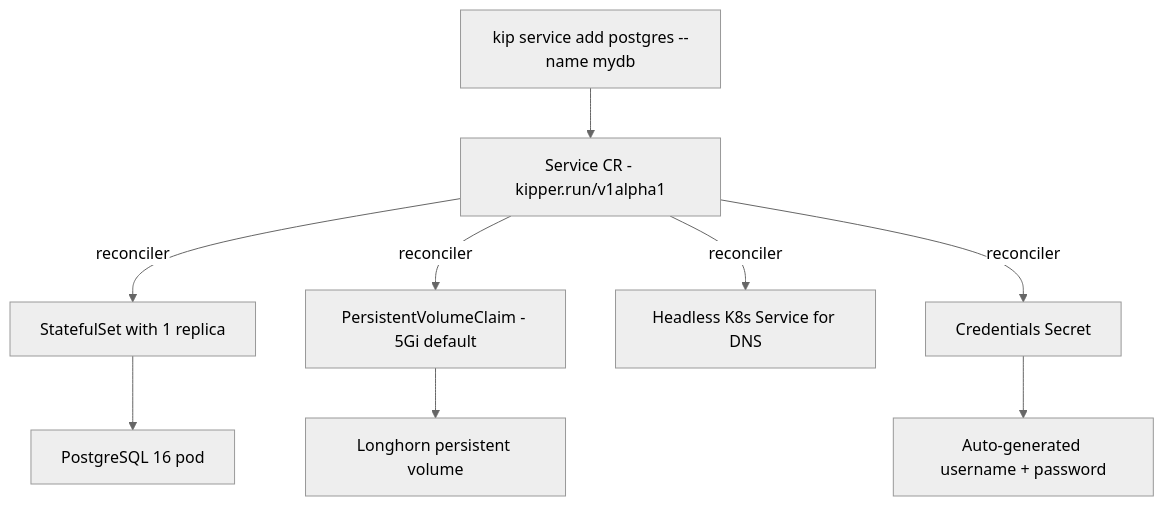
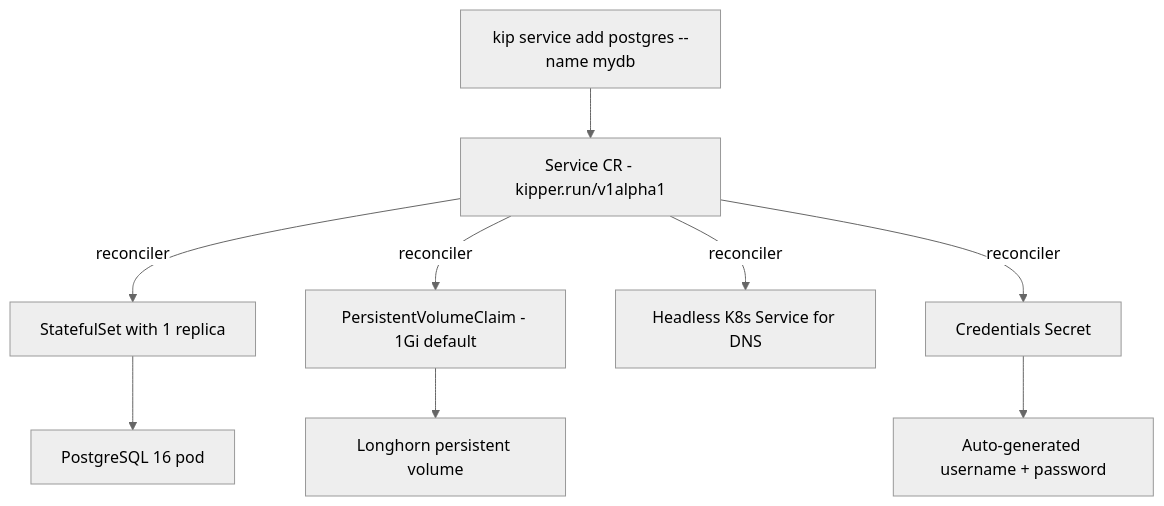
One commit to getkipper/kipper changed the diagram in docs/en/services.md. Above: the diagram before and after it, drawn with Mermaid (neutral theme). The commit also changed other lines of this file and 13 other files, not shown here.

````diff
--- a/docs/en/services.md
+++ b/docs/en/services.md
@@ -41,14 +41,14 @@
 ```mermaid
 flowchart TD
     A[kip service add postgres --name mydb]
     A --> B[Service CR - kipper.run/v1alpha1]
 
     B -->|reconciler| C[StatefulSet with 1 replica]
-    B -->|reconciler| D[PersistentVolumeClaim - 5Gi default]
+    B -->|reconciler| D[PersistentVolumeClaim - 1Gi default]
     B -->|reconciler| E[Headless K8s Service for DNS]
     B -->|reconciler| F[Credentials Secret]
 
     C --> G[PostgreSQL 16 pod]
     D --> H[Longhorn persistent volume]
     F --> I[Auto-generated username + password]
 ```
````
